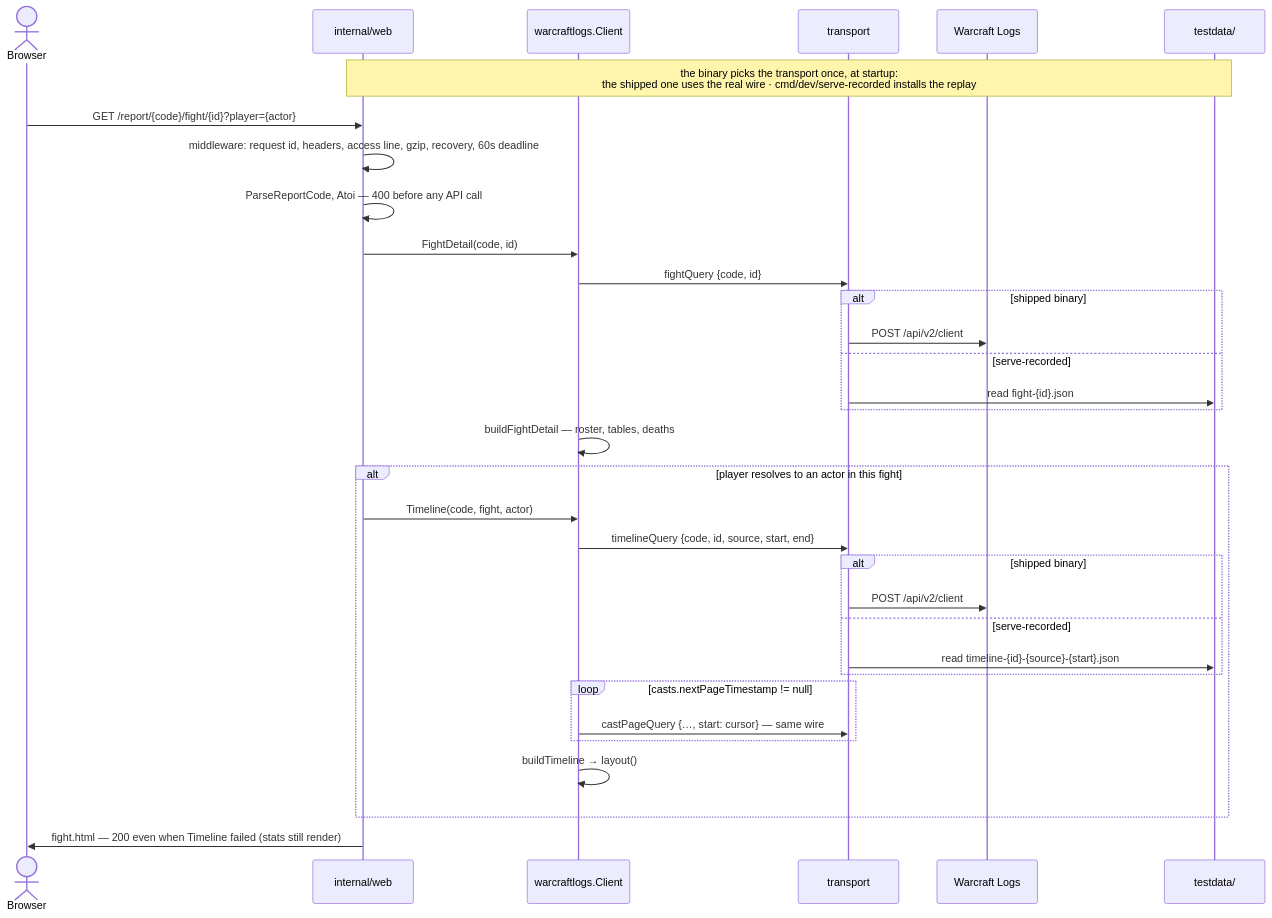
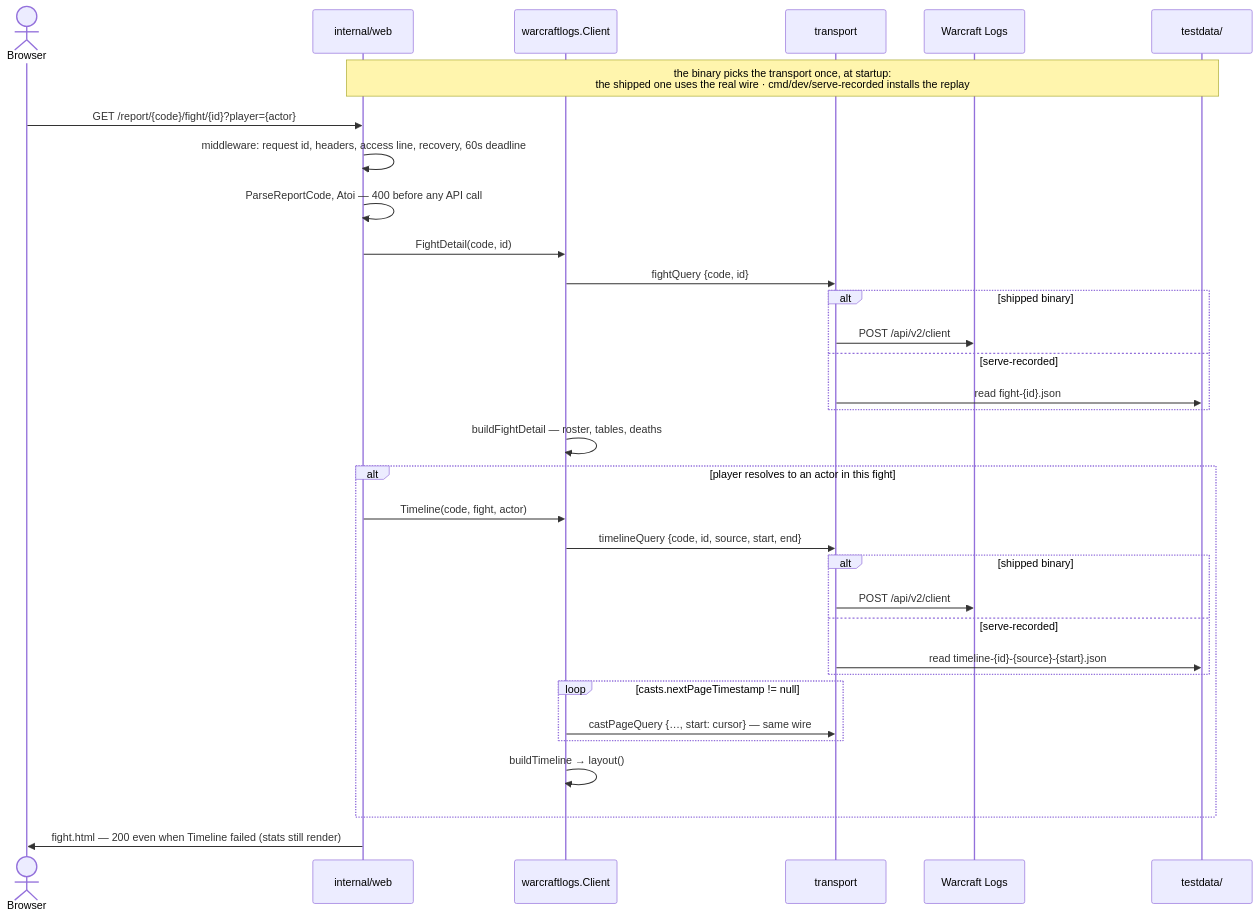
The third of 3 diagrams in ARCHITECTURE.md (Gabriel2048/wow-insights), drawn with Mermaid before and after one commit. The commit also changed other lines of this file and 4 other files, not shown here.

````diff
--- a/ARCHITECTURE.md
+++ b/ARCHITECTURE.md
@@ -121,37 +121,37 @@
 ```mermaid
 sequenceDiagram
     actor B as Browser
     participant S as internal/web
     participant C as warcraftlogs.Client
     participant T as transport
     participant W as Warcraft Logs
     participant F as testdata/
 
     Note over S,F: the binary picks the transport once, at startup:<br/>the shipped one uses the real wire · cmd/dev/serve-recorded installs the replay
 
     B->>S: GET /report/{code}/fight/{id}?player={actor}
-    S->>S: middleware: request id, headers, access line, gzip, recovery, 60s deadline
+    S->>S: middleware: request id, headers, access line, recovery, 60s deadline
     S->>S: ParseReportCode, Atoi — 400 before any API call
     S->>C: FightDetail(code, id)
     C->>T: fightQuery {code, id}
     alt shipped binary
         T->>W: POST /api/v2/client
     else serve-recorded
         T->>F: read fight-{id}.json
     end
     C->>C: buildFightDetail — roster, tables, deaths
     alt player resolves to an actor in this fight
         S->>C: Timeline(code, fight, actor)
         C->>T: timelineQuery {code, id, source, start, end}
         alt shipped binary
             T->>W: POST /api/v2/client
         else serve-recorded
             T->>F: read timeline-{id}-{source}-{start}.json
         end
         loop casts.nextPageTimestamp != null
             C->>T: castPageQuery {…, start: cursor} — same wire
         end
         C->>C: buildTimeline → layout()
     end
     S->>B: fight.html — 200 even when Timeline failed (stats still render)
 ```
````
